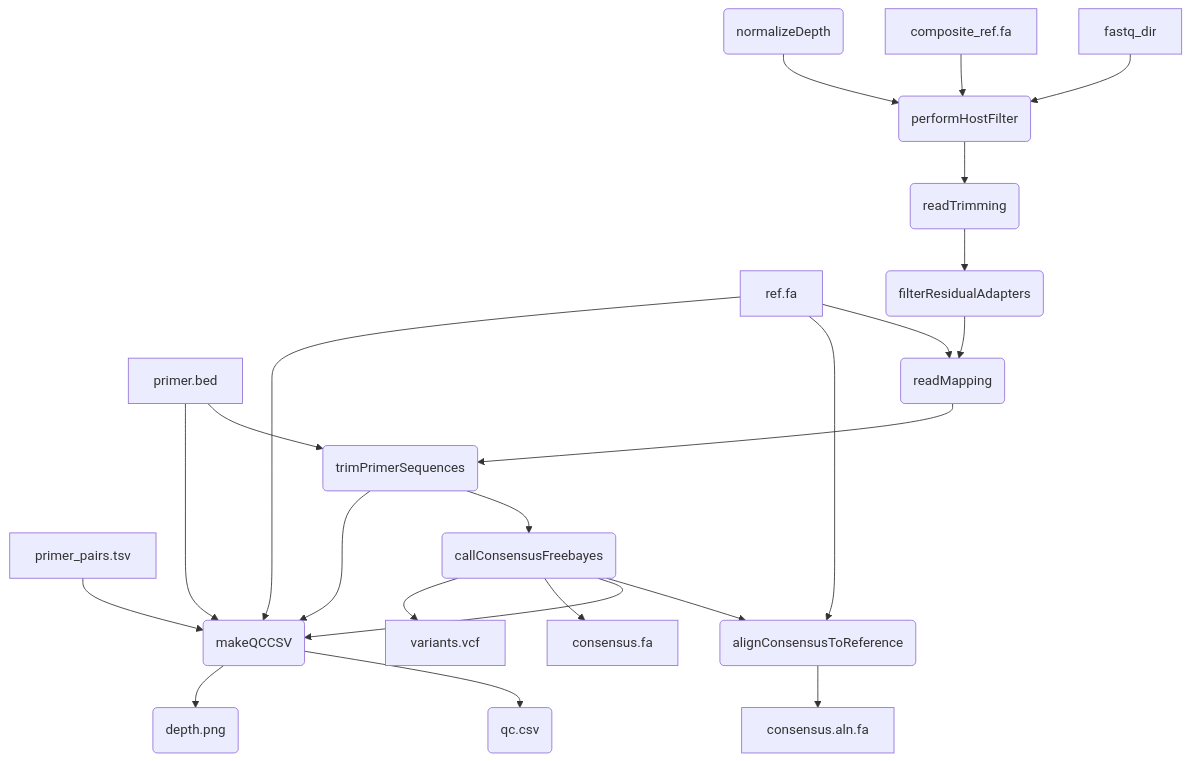
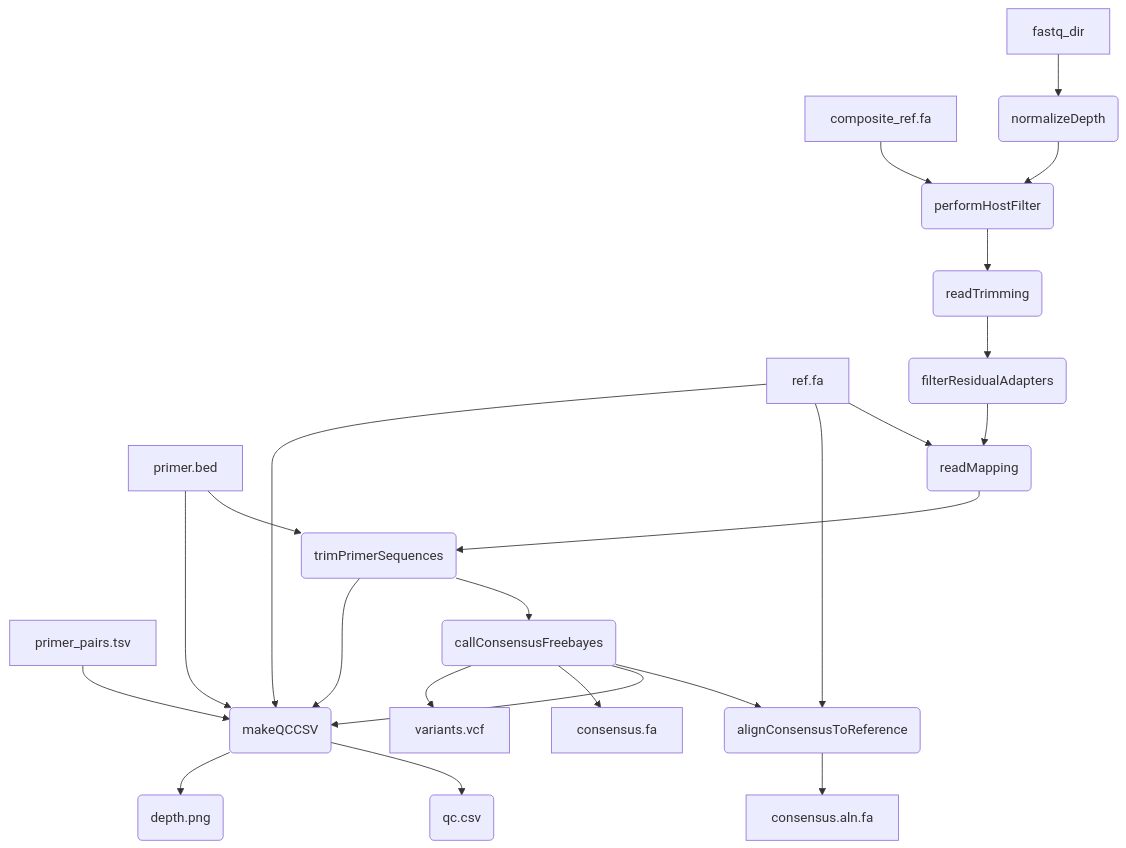
The diagram in README.md (BCCDC-PHL/mpxv-artic-nf), drawn with Mermaid before and after one commit.

````diff
--- a/README.md
+++ b/README.md
@@ -10,30 +10,30 @@
 ```mermaid
 flowchart TD
   ref[ref.fa]
   composite_ref[composite_ref.fa]
   primers[primer.bed]
   primer_pairs[primer_pairs.tsv]
   fastq[fastq_dir]
-  fastq --> performHostFilter(performHostFilter)
+  fastq --> normalizeDepth(normalizeDepth)
   composite_ref --> performHostFilter
   normalizeDepth(normalizeDepth) --> performHostFilter(performHostFilter) 
   performHostFilter(performHostFilter) --> readTrimming(readTrimming)
   readTrimming(readTrimming) --> filterResidualAdapters(filterResidualAdapters)
   filterResidualAdapters --> readMapping(readMapping)
   ref --> readMapping(readMapping)
   readMapping(readMapping) --> trimPrimerSequences(trimPrimerSequences)
   primers --> trimPrimerSequences(trimPrimerSequences)
   trimPrimerSequences(trimPrimerSequences) --> callConsensusFreebayes(callConsensusFreebayes)
   callConsensusFreebayes(callConsensusFreebayes) --> alignConsensusToReference(alignConsensusToReference)
   ref --> alignConsensusToReference
   alignConsensusToReference --> consensusAlignment[consensus.aln.fa]
   trimPrimerSequences --> makeQCCSV(makeQCCSV)
   callConsensusFreebayes --> makeQCCSV
   callConsensusFreebayes --> consensus[consensus.fa]
   callConsensusFreebayes --> variants[variants.vcf]
   ref --> makeQCCSV
   primers --> makeQCCSV
   primer_pairs --> makeQCCSV
   makeQCCSV --> qcCSV(qc.csv)
   makeQCCSV --> depthPNG(depth.png)
 ```
````
